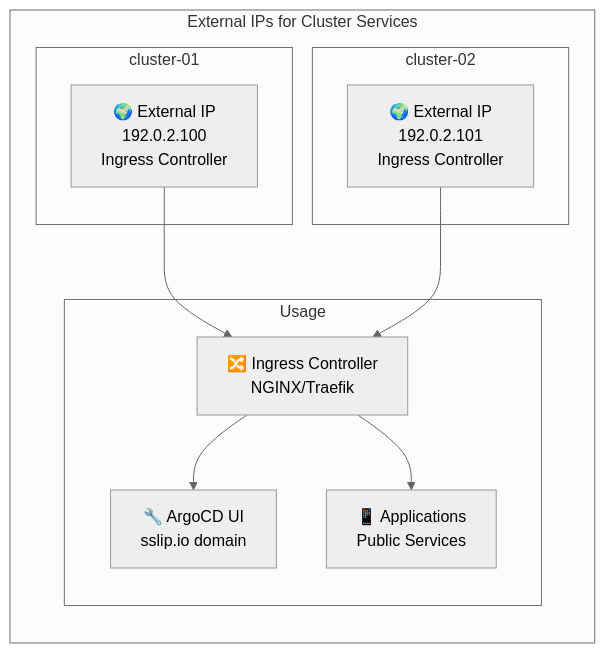
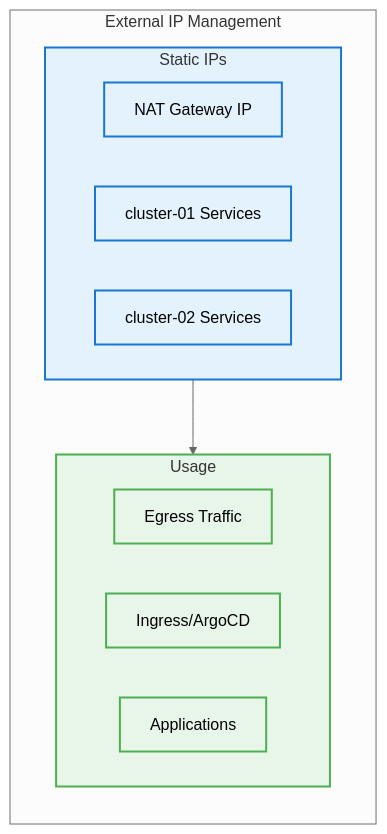
One commit to spolspol/terragrunt-gcp-org-automation changed the sixth of 6 diagrams in docs/NETWORK_ARCHITECTURE.md. Above: the diagram before and after it, drawn with Mermaid (neutral theme). The commit also changed other lines of this file and 4 other files, not shown here.

First line of the commit message:
Adds comprehensive architecture documentation

````diff
--- a/docs/NETWORK_ARCHITECTURE.md
+++ b/docs/NETWORK_ARCHITECTURE.md
@@ -974,23 +515,24 @@
 ```mermaid
 flowchart LR
-    subgraph "External IPs for Cluster Services"
-        subgraph "cluster-01"
-            IP1["🌍 External IP<br/>192.0.2.100<br/>Ingress Controller"]
+    subgraph "External IP Management"
+        subgraph IPS["Static IPs"]
+            NAT_IP["NAT Gateway IP"]
+            SVC_IP1["cluster-01 Services"]
+            SVC_IP2["cluster-02 Services"]
         end
         
-        subgraph "cluster-02"  
-            IP2["🌍 External IP<br/>192.0.2.101<br/>Ingress Controller"]
-        end
-        
-        subgraph "Usage"
-            INGRESS["🔀 Ingress Controller<br/>NGINX/Traefik"]
-            ARGOCD["🔧 ArgoCD UI<br/>sslip.io domain"]
-            APPS["📱 Applications<br/>Public Services"]
+        subgraph USAGE["Usage"]
+            NAT_USE["Egress Traffic"]
+            INGRESS["Ingress/ArgoCD"]
+            APPS["Applications"]
         end
     end
     
-    IP1 --> INGRESS
-    IP2 --> INGRESS
-    INGRESS --> ARGOCD
-    INGRESS --> APPS
+    IPS --> USAGE
+    
+    classDef ip fill:#E3F2FD,stroke:#1976D2,stroke-width:2px
+    classDef usage fill:#E8F5E9,stroke:#4CAF50,stroke-width:2px
+    
+    class IPS,NAT_IP,SVC_IP1,SVC_IP2 ip
+    class USAGE,NAT_USE,INGRESS,APPS usage
 ```
````
